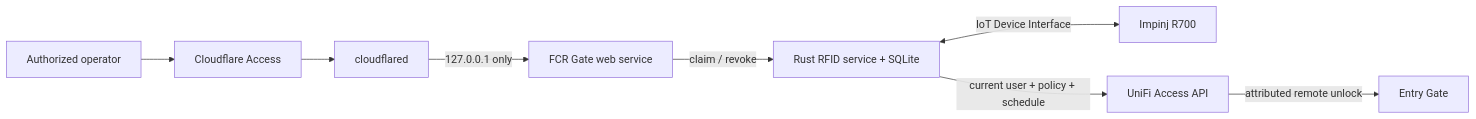
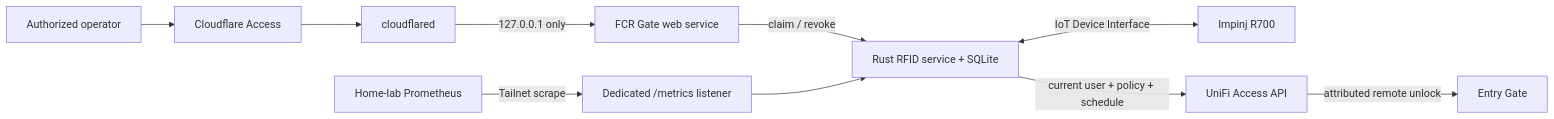
One commit to jpoehnelt/fcr-gate changed the diagram in docs/gateway-services.md. Above: the diagram before and after it, drawn with Mermaid. The commit also changed other lines of this file and 12 other files, not shown here.

Commit message:
feat(metrics): expose Prometheus telemetry

````diff
--- a/docs/gateway-services.md
+++ b/docs/gateway-services.md
@@ -13,10 +13,12 @@
 ```mermaid
 flowchart LR
     U["Authorized operator"] --> A["Cloudflare Access"]
     A --> T["cloudflared"]
     T -->|"127.0.0.1 only"| W["FCR Gate web service"]
     W -->|"claim / revoke"| E["Rust RFID service + SQLite"]
     E <-->|"IoT Device Interface"| R["Impinj R700"]
     E -->|"current user + policy + schedule"| UA["UniFi Access API"]
     UA -->|"attributed remote unlock"| G["Entry Gate"]
+    P["Home-lab Prometheus"] -->|"Tailnet scrape"| M["Dedicated /metrics listener"]
+    M --> E
 ```
````
